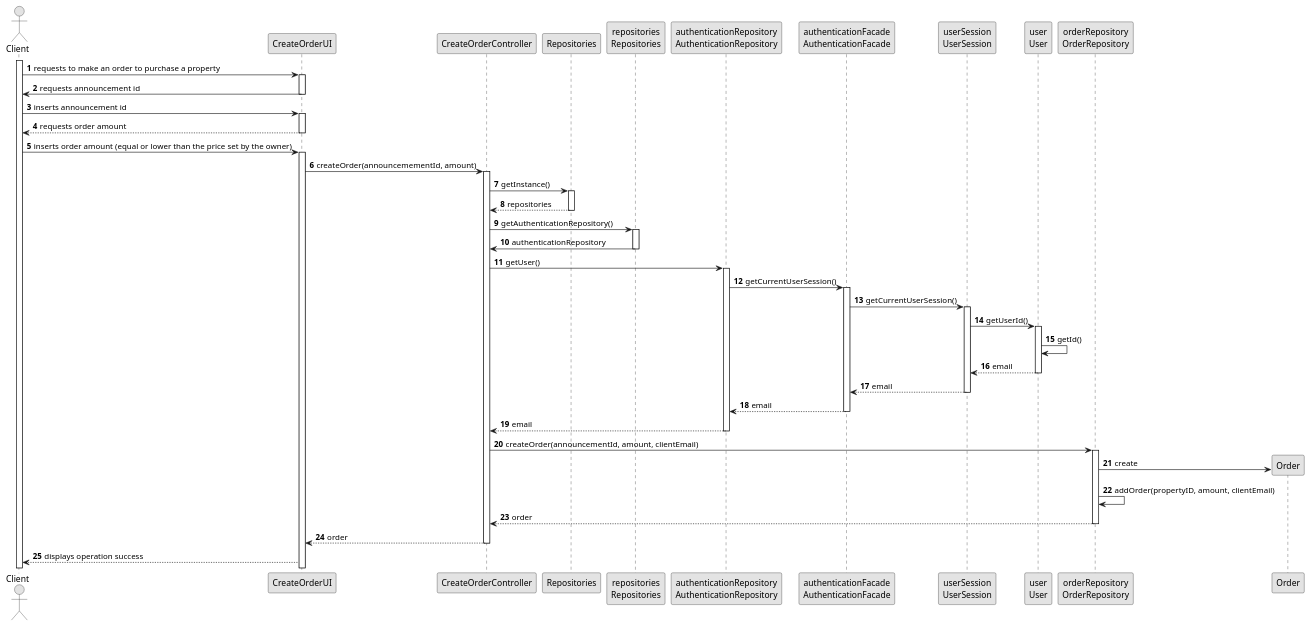
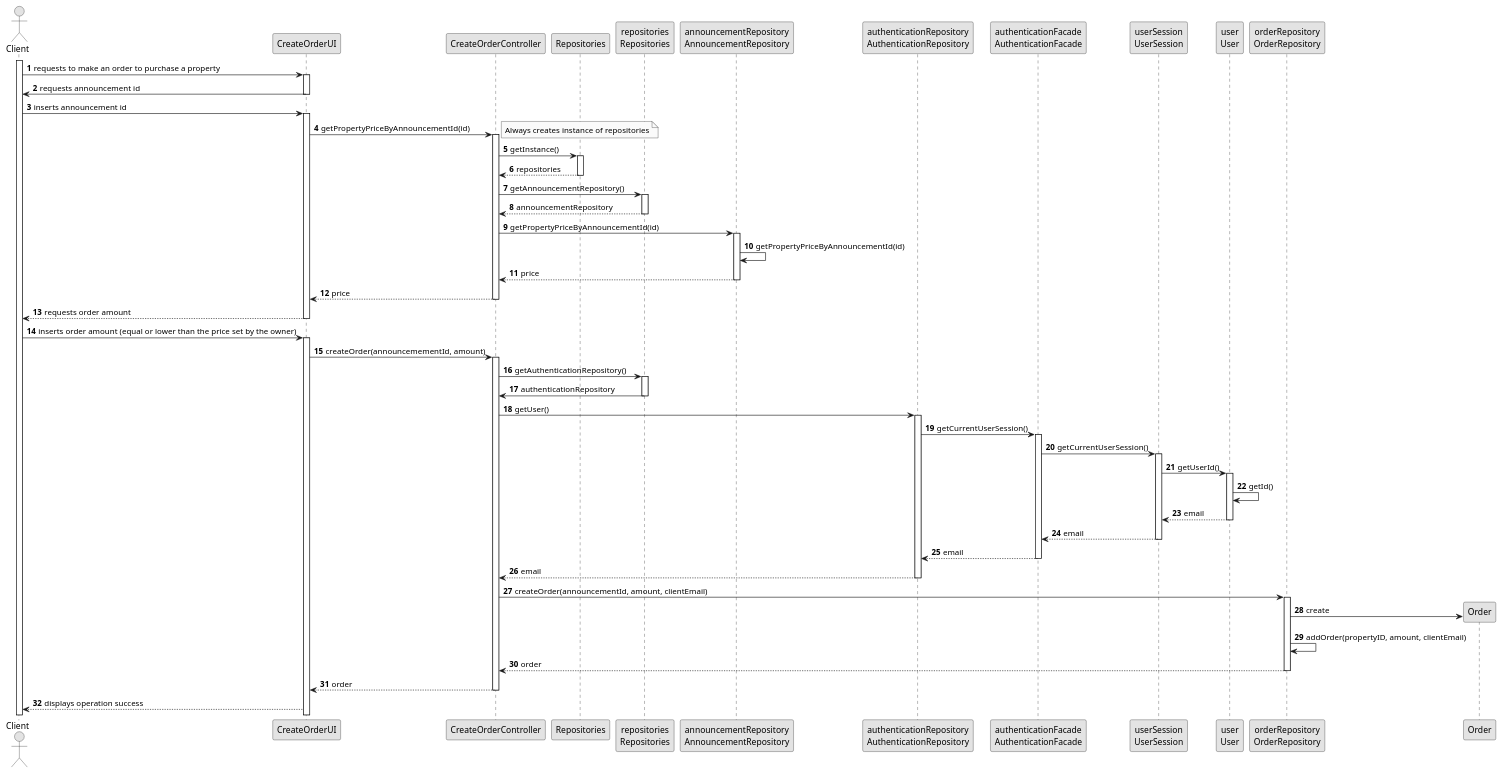
One commit to Goncalves2525/real-estate-management-system changed the diagram in docs/sprintC/us010/03.design/puml/us010-sequence-diagram-full.puml. Above: the diagram before and after it, drawn with PlantUML. The commit also changed 5 other files, not shown here.

```diff
--- a/docs/sprintC/us010/03.design/puml/us010-sequence-diagram-full.puml
+++ b/docs/sprintC/us010/03.design/puml/us010-sequence-diagram-full.puml
@@ -1,100 +1,128 @@
 @startuml
 skinparam monochrome true
 skinparam packageStyle rectangle
 skinparam shadowing false
 
 autonumber
 
 'hide footbox
 actor "Client" as client
 participant "CreateOrderUI" as ui
 participant "CreateOrderController" as ctrl
 participant "Repositories" as REPOS
 participant "repositories\nRepositories" as repos
+participant "announcementRepository\nAnnouncementRepository" as AnnouncementRepository
 participant "authenticationRepository\nAuthenticationRepository" as AuthenticationRepository
 participant "authenticationFacade\nAuthenticationFacade" as AuthenticationFacade
 participant "userSession\nUserSession" as UserSession
 participant "user\nUser" as user
 participant "orderRepository\nOrderRepository" as OrderRepository
 
 
 
 
 
 activate client
 
     client -> ui : requests to make an order to purchase a property
     activate ui
 
     ui -> client : requests announcement id
     deactivate ui
 
     client -> ui : inserts announcement id
     activate ui
 
+    ui -> ctrl : getPropertyPriceByAnnouncementId(id)
+    activate ctrl
+
+    note right
+        Always creates instance of repositories
+    end note
+    ctrl -> REPOS : getInstance()
+    activate REPOS
+
+    REPOS --> ctrl : repositories
+    deactivate REPOS
+
+
+
+    ctrl -> repos : getAnnouncementRepository()
+    activate repos
+
+    repos --> ctrl : announcementRepository
+    deactivate repos
+
+    ctrl -> AnnouncementRepository : getPropertyPriceByAnnouncementId(id)
+    activate AnnouncementRepository
+
+    AnnouncementRepository -> AnnouncementRepository : getPropertyPriceByAnnouncementId(id)
+
+    AnnouncementRepository --> ctrl : price
+    deactivate AnnouncementRepository
+
+    ctrl --> ui : price
+    deactivate ctrl
+
+
     ui --> client : requests order amount
     deactivate ui
 
     client -> ui : inserts order amount (equal or lower than the price set by the owner)
     activate ui
 
     ui -> ctrl : createOrder(announcemementId, amount)
     activate ctrl
 
-    ctrl -> REPOS : getInstance()
-    activate REPOS
-
-    REPOS --> ctrl : repositories
-    deactivate REPOS
 
     ctrl -> repos : getAuthenticationRepository()
     activate repos
 
     repos -> ctrl : authenticationRepository
     deactivate repos
 
     ctrl -> AuthenticationRepository : getUser()
     activate AuthenticationRepository
 
     AuthenticationRepository -> AuthenticationFacade : getCurrentUserSession()
     activate AuthenticationFacade
 
     AuthenticationFacade -> UserSession : getCurrentUserSession()
     activate UserSession
 
     UserSession -> user : getUserId()
     activate user
 
     user -> user : getId()
 
     user --> UserSession : email
     deactivate user
 
     UserSession --> AuthenticationFacade : email
     deactivate UserSession
 
     AuthenticationFacade --> AuthenticationRepository : email
     deactivate AuthenticationFacade
 
     AuthenticationRepository --> ctrl : email
     deactivate AuthenticationRepository
 
     ctrl -> OrderRepository : createOrder(announcementId, amount, clientEmail)
     activate OrderRepository
 
     OrderRepository -> Order** : create
 
     OrderRepository -> OrderRepository : addOrder(propertyID, amount, clientEmail)
 
     OrderRepository --> ctrl : order
     deactivate OrderRepository
 
     ctrl --> ui : order
     deactivate ctrl
 
     ui --> client : displays operation success
 
 
 
 
 @enduml
```
